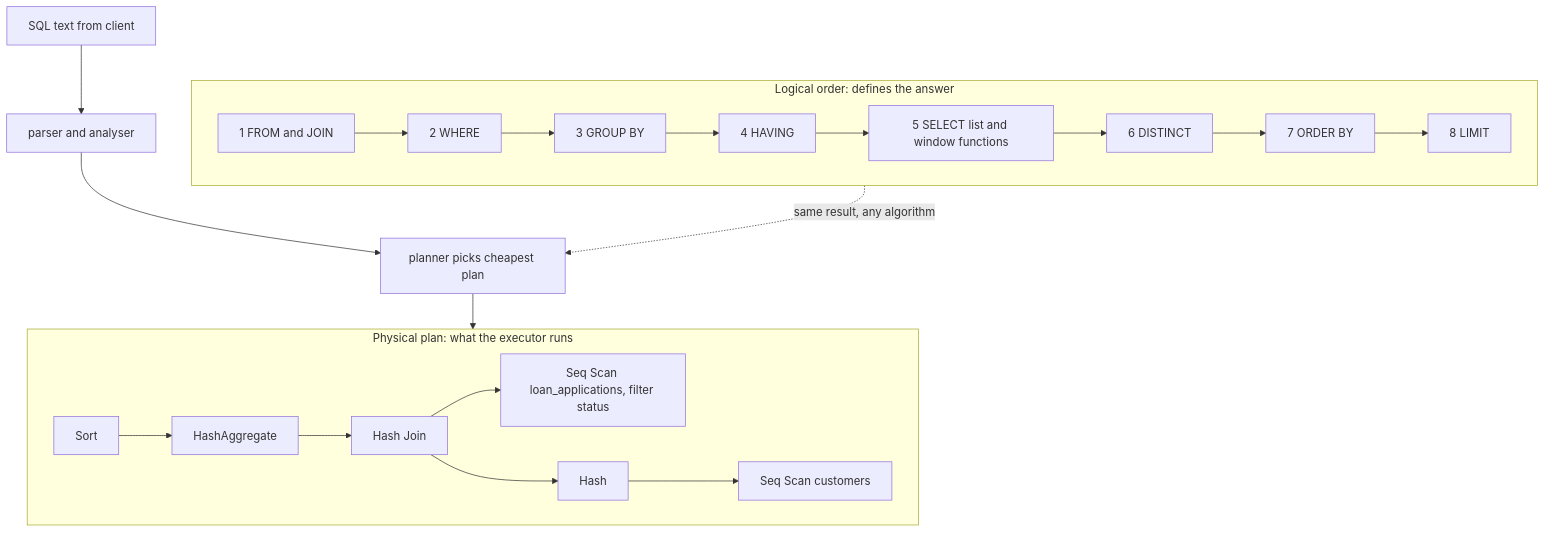
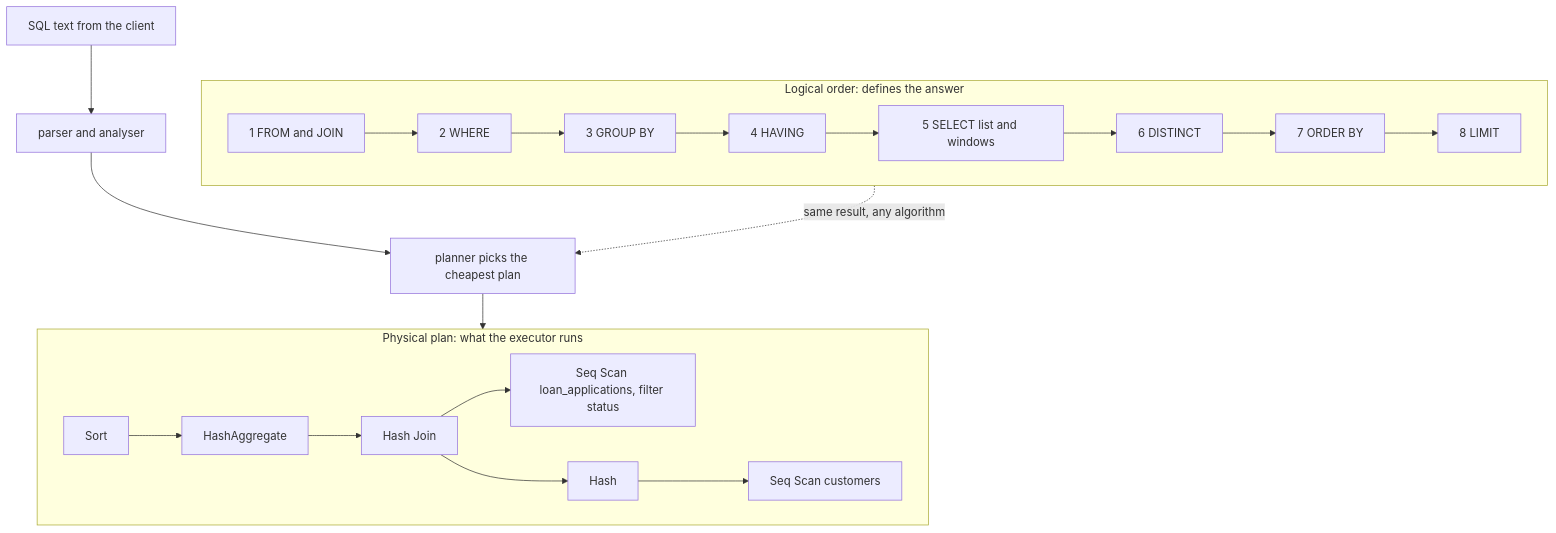
Before and after one commit to khanshaki-r/systems-mastery-course: the diagram in phase-06-databases-from-zero-to-internals/module-02-sql-from-scratch.md, drawn with Mermaid. The commit also changed other lines of this file, not shown here.

Commit message:
Module 06.02: SQL from scratch (revision)

````diff
--- a/phase-06-databases-from-zero-to-internals/module-02-sql-from-scratch.md
+++ b/phase-06-databases-from-zero-to-internals/module-02-sql-from-scratch.md
@@ -706,15 +565,15 @@
 ```mermaid
 flowchart TB
+    SQL["SQL text from the client"] --> PARSER["parser and analyser"] --> PLANNER["planner picks the cheapest plan"]
     subgraph LOGICAL["Logical order: defines the answer"]
         F["1 FROM and JOIN"] --> W["2 WHERE"] --> G["3 GROUP BY"] --> H["4 HAVING"]
-        H --> S["5 SELECT list and window functions"] --> D["6 DISTINCT"] --> O["7 ORDER BY"] --> L["8 LIMIT"]
+        H --> S["5 SELECT list and windows"] --> D["6 DISTINCT"] --> O["7 ORDER BY"] --> L["8 LIMIT"]
     end
     subgraph PHYSICAL["Physical plan: what the executor runs"]
         SORT["Sort"] --> AGG["HashAggregate"] --> HJ["Hash Join"]
         HJ --> SCAN1["Seq Scan loan_applications, filter status"]
         HJ --> HASH["Hash"] --> SCAN2["Seq Scan customers"]
     end
-    SQL["SQL text from client"] --> PARSER["parser and analyser"] --> PLANNER["planner picks cheapest plan"]
+    LOGICAL -. "same result, any algorithm" .-> PLANNER
     PLANNER --> PHYSICAL
-    LOGICAL -. "same result, any algorithm" .-> PLANNER
 ```
````
